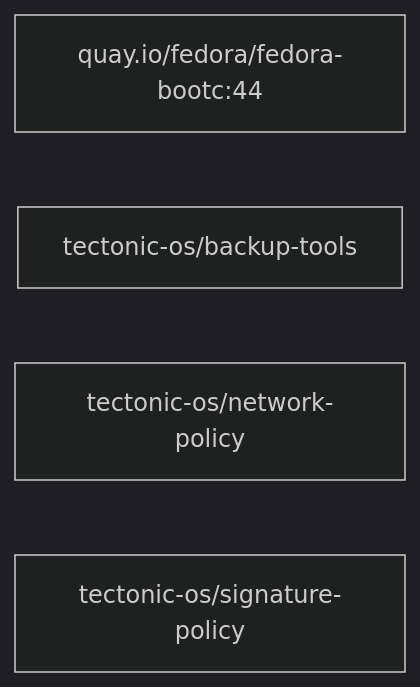
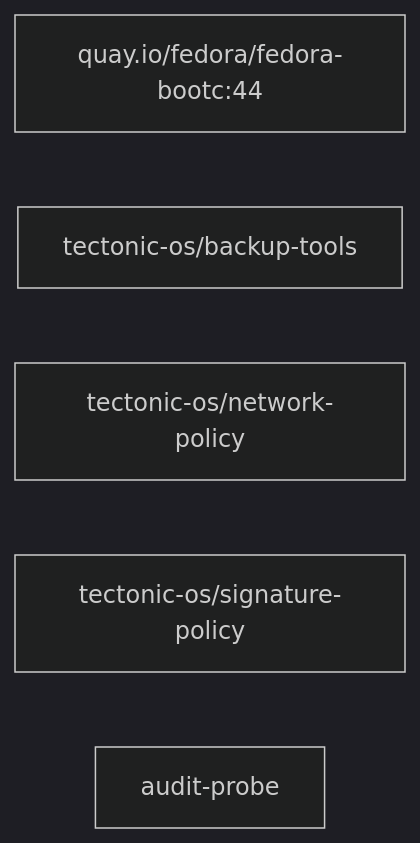
One commit to tectonic-os/proving-ground changed the diagram in generated/proving-ground.graph.md. Above: the diagram before and after it, drawn with Mermaid (dark theme). The commit also changed 6 other files, not shown here.

````diff
--- a/generated/proving-ground.graph.md
+++ b/generated/proving-ground.graph.md
@@ -9,7 +9,8 @@
 ```mermaid
 graph LR
     base["quay.io/fedora/fedora-bootc:44"]
     m0["tectonic-os/backup-tools"]
     m1["tectonic-os/network-policy"]
     m2["tectonic-os/signature-policy"]
+    m3["audit-probe"]
 ```
````
